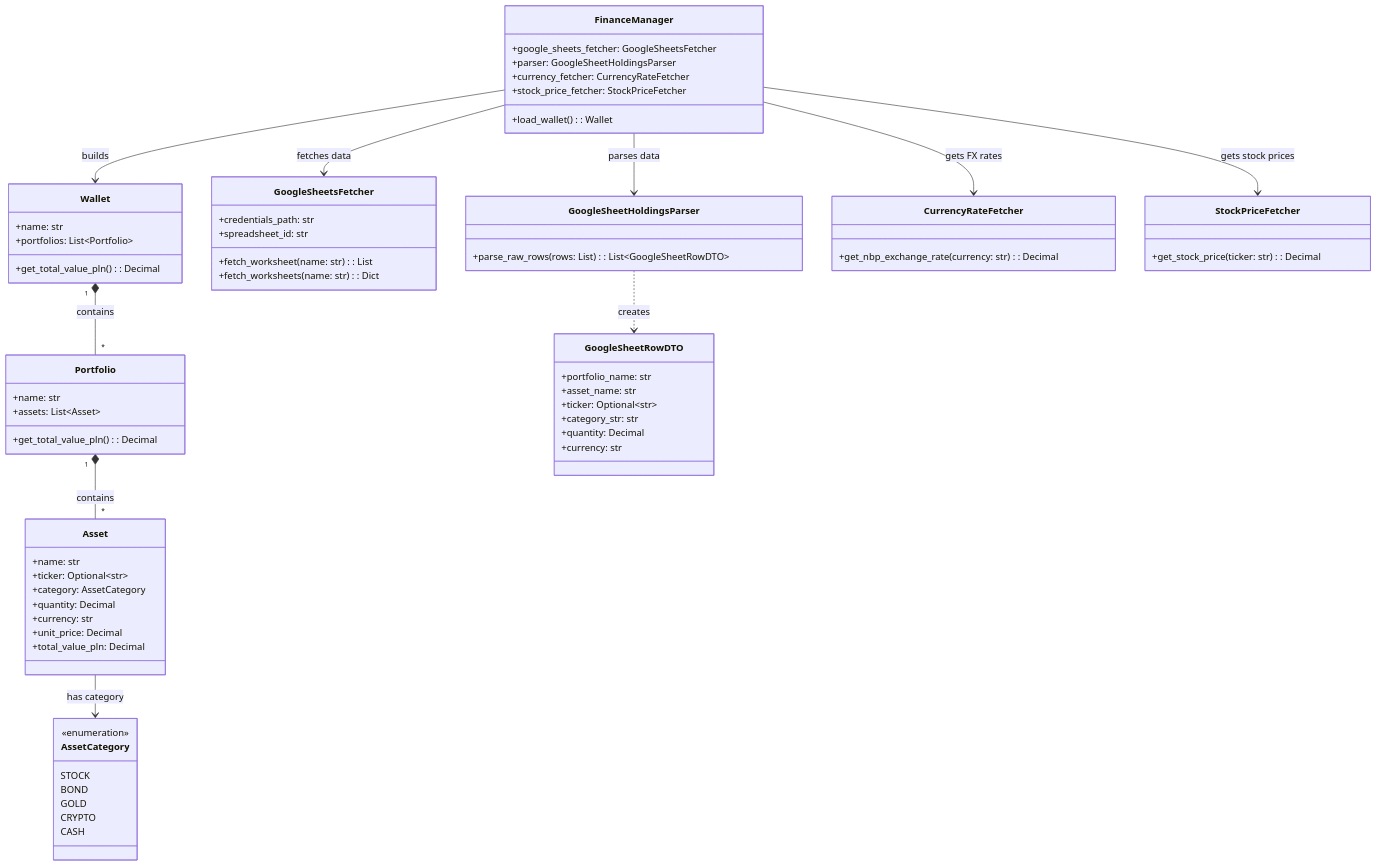
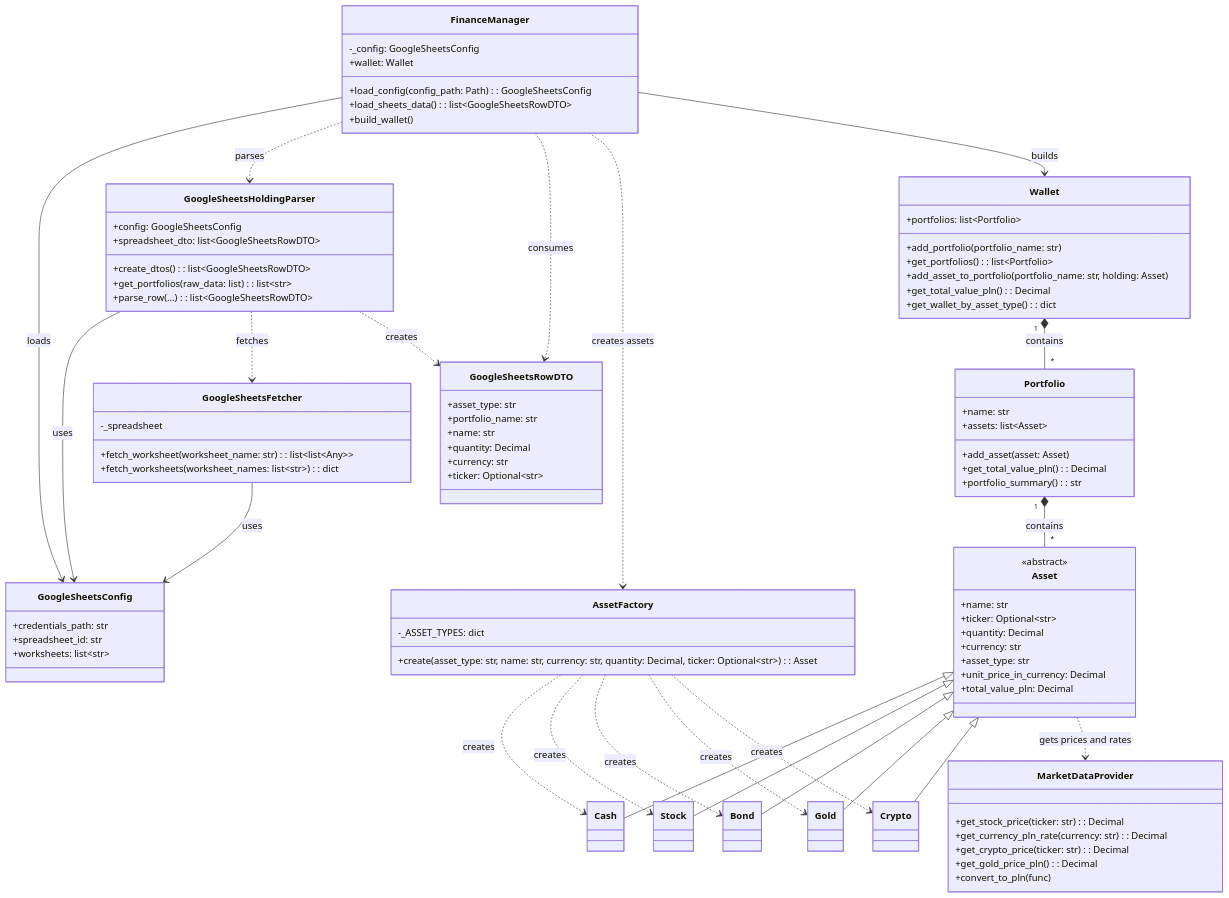
Before and after one commit to mnweryk/finance-tracker: the diagram in docs/architecture.md, drawn with Mermaid. The commit also changed 26 other files, not shown here.

Commit message:
08 - google sheet fetcher created

````diff
--- a/docs/architecture.md
+++ b/docs/architecture.md
@@ -3,88 +3,118 @@
 
     %% Domain Models
     class Wallet {
-        +name: str
-        +portfolios: List~Portfolio~
+        +portfolios: list~Portfolio~
+        +add_portfolio(portfolio_name: str)
+        +get_portfolios(): list~Portfolio~
+        +add_asset_to_portfolio(portfolio_name: str, holding: Asset)
         +get_total_value_pln(): Decimal
+        +get_wallet_by_asset_type(): dict
     }
 
     class Portfolio {
         +name: str
-        +assets: List~Asset~
+        +assets: list~Asset~
+        +add_asset(asset: Asset)
         +get_total_value_pln(): Decimal
-    }
-
-    class AssetCategory {
-        <<enumeration>>
-        STOCK
-        BOND
-        GOLD
-        CRYPTO
-        CASH
+        +portfolio_summary(): str
     }
 
     class Asset {
+        <<abstract>>
         +name: str
         +ticker: Optional~str~
-        +category: AssetCategory
         +quantity: Decimal
         +currency: str
-        +unit_price: Decimal
+        +asset_type: str
+        +unit_price_in_currency: Decimal
         +total_value_pln: Decimal
     }
 
+    class Cash
+    class Stock
+    class Bond
+    class Gold
+    class Crypto
+
+    class AssetFactory {
+        -_ASSET_TYPES: dict
+        +create(asset_type: str, name: str, currency: str, quantity: Decimal, ticker: Optional~str~): Asset
+    }
+
+    Asset <|-- Cash
+    Asset <|-- Stock
+    Asset <|-- Bond
+    Asset <|-- Gold
+    Asset <|-- Crypto
+    AssetFactory ..> Cash : creates
+    AssetFactory ..> Stock : creates
+    AssetFactory ..> Bond : creates
+    AssetFactory ..> Gold : creates
+    AssetFactory ..> Crypto : creates
+
     %% Google Sheets Layer
-    class GoogleSheetsFetcher {
+    class GoogleSheetsConfig {
         +credentials_path: str
         +spreadsheet_id: str
-        +fetch_worksheet(name: str): List
-        +fetch_worksheets(name: str): Dict
+        +worksheets: list~str~
     }
 
-    class GoogleSheetRowDTO {
+    class GoogleSheetsFetcher {
+        -_spreadsheet
+        +fetch_worksheet(worksheet_name: str): list~list~Any~~
+        +fetch_worksheets(worksheet_names: list~str~): dict
+    }
+
+    class GoogleSheetsRowDTO {
+        +asset_type: str
         +portfolio_name: str
-        +asset_name: str
-        +ticker: Optional~str~
-        +category_str: str
+        +name: str
         +quantity: Decimal
         +currency: str
+        +ticker: Optional~str~
     }
 
-    class GoogleSheetHoldingsParser {
-        +parse_raw_rows(rows: List): List~GoogleSheetRowDTO~
+    class GoogleSheetsHoldingParser {
+        +config: GoogleSheetsConfig
+        +spreadsheet_dto: list~GoogleSheetsRowDTO~
+        +create_dtos(): list~GoogleSheetsRowDTO~
+        +get_portfolios(raw_data: list): list~str~
+        +parse_row(...): list~GoogleSheetsRowDTO~
     }
 
+    GoogleSheetsFetcher --> GoogleSheetsConfig : uses
+    GoogleSheetsHoldingParser --> GoogleSheetsConfig : uses
+    GoogleSheetsHoldingParser ..> GoogleSheetsFetcher : fetches
+    GoogleSheetsHoldingParser ..> GoogleSheetsRowDTO : creates
+
     %% Market Data Layer
-    class CurrencyRateFetcher {
-        +get_nbp_exchange_rate(currency: str): Decimal
+    class MarketDataProvider {
+        +get_stock_price(ticker: str): Decimal
+        +get_currency_pln_rate(currency: str): Decimal
+        +get_crypto_price(ticker: str): Decimal
+        +get_gold_price_pln(): Decimal
+        +convert_to_pln(func)
     }
 
-    class StockPriceFetcher {
-        +get_stock_price(ticker: str): Decimal
-    }
+    Asset ..> MarketDataProvider : gets prices and rates
 
     %% Orchestration
     class FinanceManager {
-        +google_sheets_fetcher: GoogleSheetsFetcher
-        +parser: GoogleSheetHoldingsParser
-        +currency_fetcher: CurrencyRateFetcher
-        +stock_price_fetcher: StockPriceFetcher
-        +load_wallet(): Wallet
+        -_config: GoogleSheetsConfig
+        +wallet: Wallet
+        +load_config(config_path: Path): GoogleSheetsConfig
+        +load_sheets_data(): list~GoogleSheetsRowDTO~
+        +build_wallet()
     }
+
+    FinanceManager --> GoogleSheetsConfig : loads
+    FinanceManager ..> GoogleSheetsHoldingParser : parses
+    FinanceManager ..> GoogleSheetsRowDTO : consumes
+    FinanceManager ..> AssetFactory : creates assets
+    FinanceManager --> Wallet : builds
 
     %% Domain relationships
     Wallet "1" *-- "*" Portfolio : contains
     Portfolio "1" *-- "*" Asset : contains
-    Asset --> AssetCategory : has category
-
-    %% Google Sheets relationships
-    GoogleSheetHoldingsParser ..> GoogleSheetRowDTO : creates
-
-    %% Orchestration relationships
-    FinanceManager --> GoogleSheetsFetcher : fetches data
-    FinanceManager --> GoogleSheetHoldingsParser : parses data
-    FinanceManager --> CurrencyRateFetcher : gets FX rates
-    FinanceManager --> StockPriceFetcher : gets stock prices
-    FinanceManager --> Wallet : builds
     ```
 ```
````
